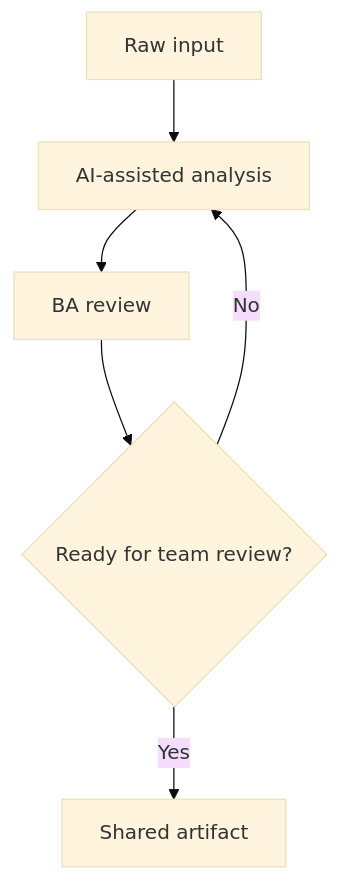
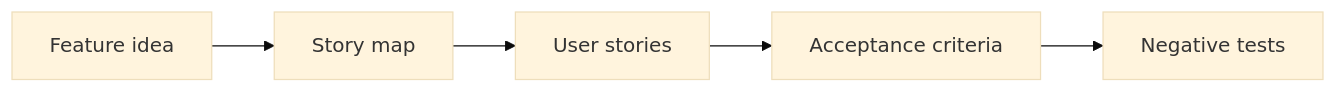
The diagram in docs/en/labs/stories-and-acceptance-criteria/index.md (anhtnt90dev/ai-for-ba), drawn with Mermaid (base theme) before and after one commit. The commit also changed other lines of this file and 64 other files, not shown here.

````diff
--- a/docs/en/labs/stories-and-acceptance-criteria/index.md
+++ b/docs/en/labs/stories-and-acceptance-criteria/index.md
@@ -18,8 +20,7 @@
 ```mermaid
-flowchart TD
-    A["Raw input"] --> B["AI-assisted analysis"]
-    B --> C["BA review"]
-    C --> D{"Ready for team review?"}
-    D -->|"No"| B
-    D -->|"Yes"| E["Shared artifact"]
+flowchart LR
+    A["Feature idea"] --> B["Story map"]
+    B --> C["User stories"]
+    C --> D["Acceptance criteria"]
+    D --> E["Negative tests"]
 ```
````
